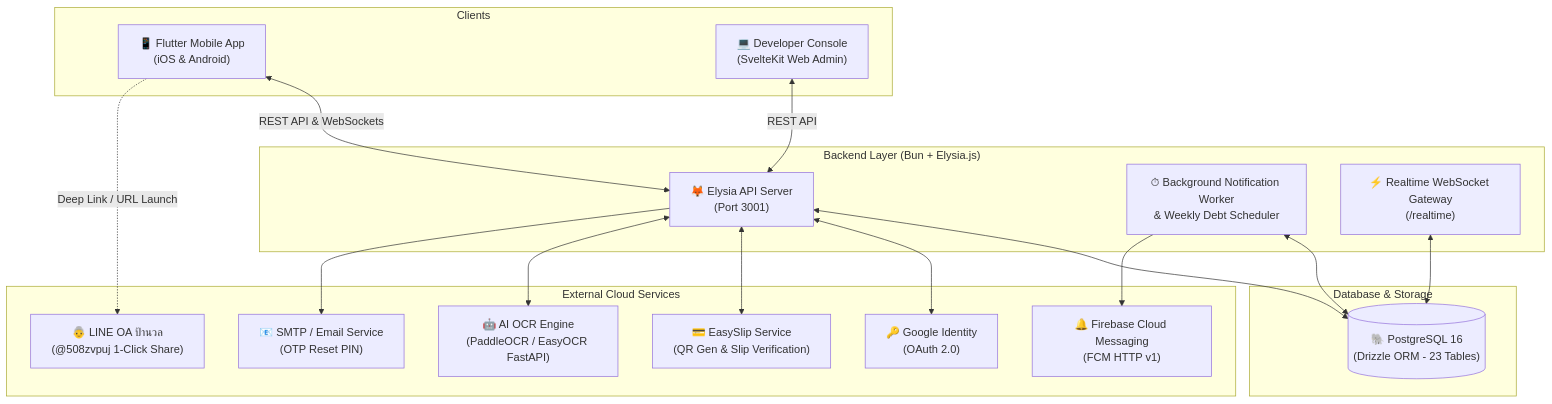
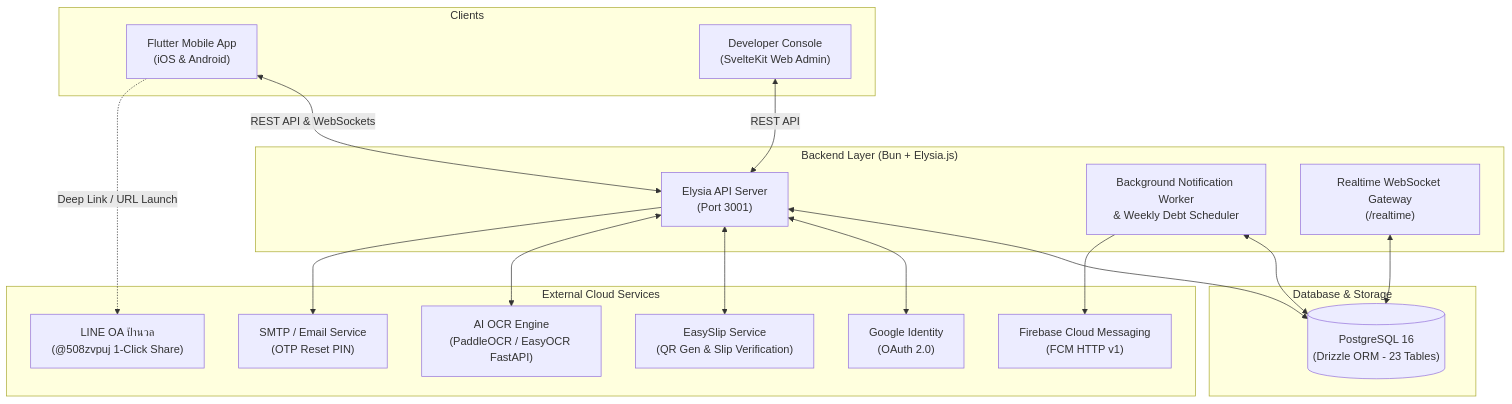
The diagram in README.md (ntdotjsx/pingpay_flutter), drawn with Mermaid before and after one commit. The commit also changed other lines of this file, not shown here.

````diff
--- a/README.md
+++ b/README.md
@@ -80,38 +80,38 @@
 ```mermaid
 flowchart TD
     subgraph "Clients"
-        A["📱 Flutter Mobile App<br>(iOS & Android)"]
-        B["💻 Developer Console<br>(SvelteKit Web Admin)"]
+        A["Flutter Mobile App<br>(iOS & Android)"]
+        B["Developer Console<br>(SvelteKit Web Admin)"]
     end
 
     subgraph "Backend Layer (Bun + Elysia.js)"
-        C["🦊 Elysia API Server<br>(Port 3001)"]
-        W["⏱ Background Notification Worker<br>& Weekly Debt Scheduler"]
-        WS["⚡ Realtime WebSocket Gateway<br>(/realtime)"]
+        C["Elysia API Server<br>(Port 3001)"]
+        W["Background Notification Worker<br>& Weekly Debt Scheduler"]
+        WS["Realtime WebSocket Gateway<br>(/realtime)"]
     end
 
     subgraph "Database & Storage"
-        D[("🐘 PostgreSQL 16<br>(Drizzle ORM - 23 Tables)")]
+        D[("PostgreSQL 16<br>(Drizzle ORM - 23 Tables)")]
     end
 
     subgraph "External Cloud Services"
-        E1["🔑 Google Identity<br>(OAuth 2.0)"]
-        E2["💳 EasySlip Service<br>(QR Gen & Slip Verification)"]
-        E3["🤖 AI OCR Engine<br>(PaddleOCR / EasyOCR FastAPI)"]
-        E4["🔔 Firebase Cloud Messaging<br>(FCM HTTP v1)"]
-        E5["📧 SMTP / Email Service<br>(OTP Reset PIN)"]
-        E6["👵 LINE OA ป้านวล<br>(@508zvpuj 1-Click Share)"]
+        E1["Google Identity<br>(OAuth 2.0)"]
+        E2["EasySlip Service<br>(QR Gen & Slip Verification)"]
+        E3["AI OCR Engine<br>(PaddleOCR / EasyOCR FastAPI)"]
+        E4["Firebase Cloud Messaging<br>(FCM HTTP v1)"]
+        E5["SMTP / Email Service<br>(OTP Reset PIN)"]
+        E6["LINE OA ป้านวล<br>(@508zvpuj 1-Click Share)"]
     end
 
     A <-->|REST API & WebSockets| C
     B <-->|REST API| C
     C <--> D
     W <--> D
     WS <--> D
     C <--> E1
     C <--> E2
     C <--> E3
     W --> E4
     C --> E5
     A -.->|Deep Link / URL Launch| E6
 ```
````
